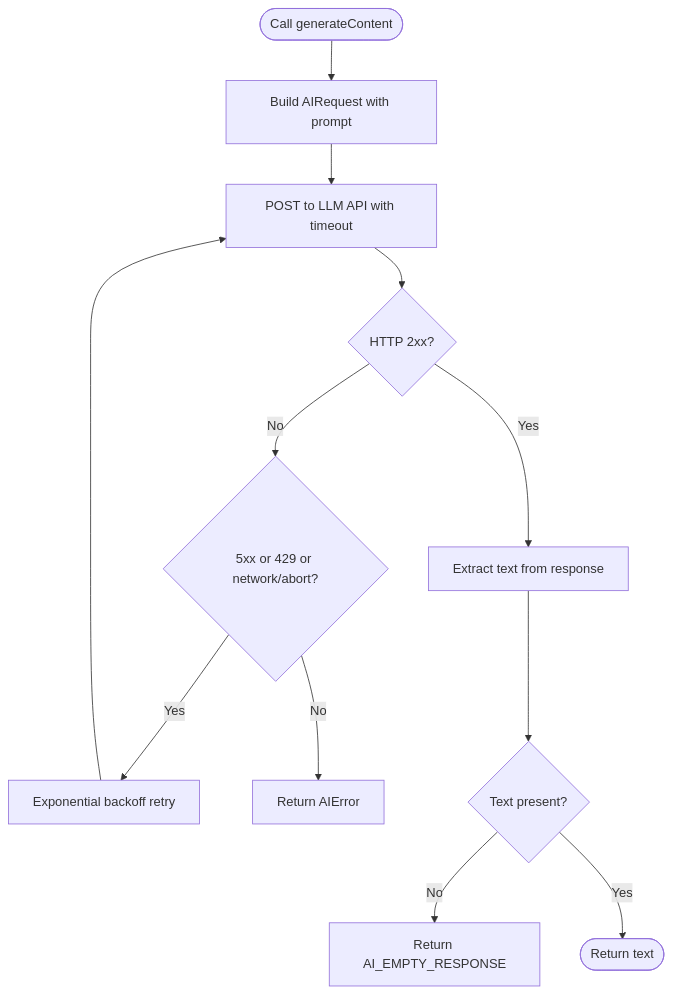
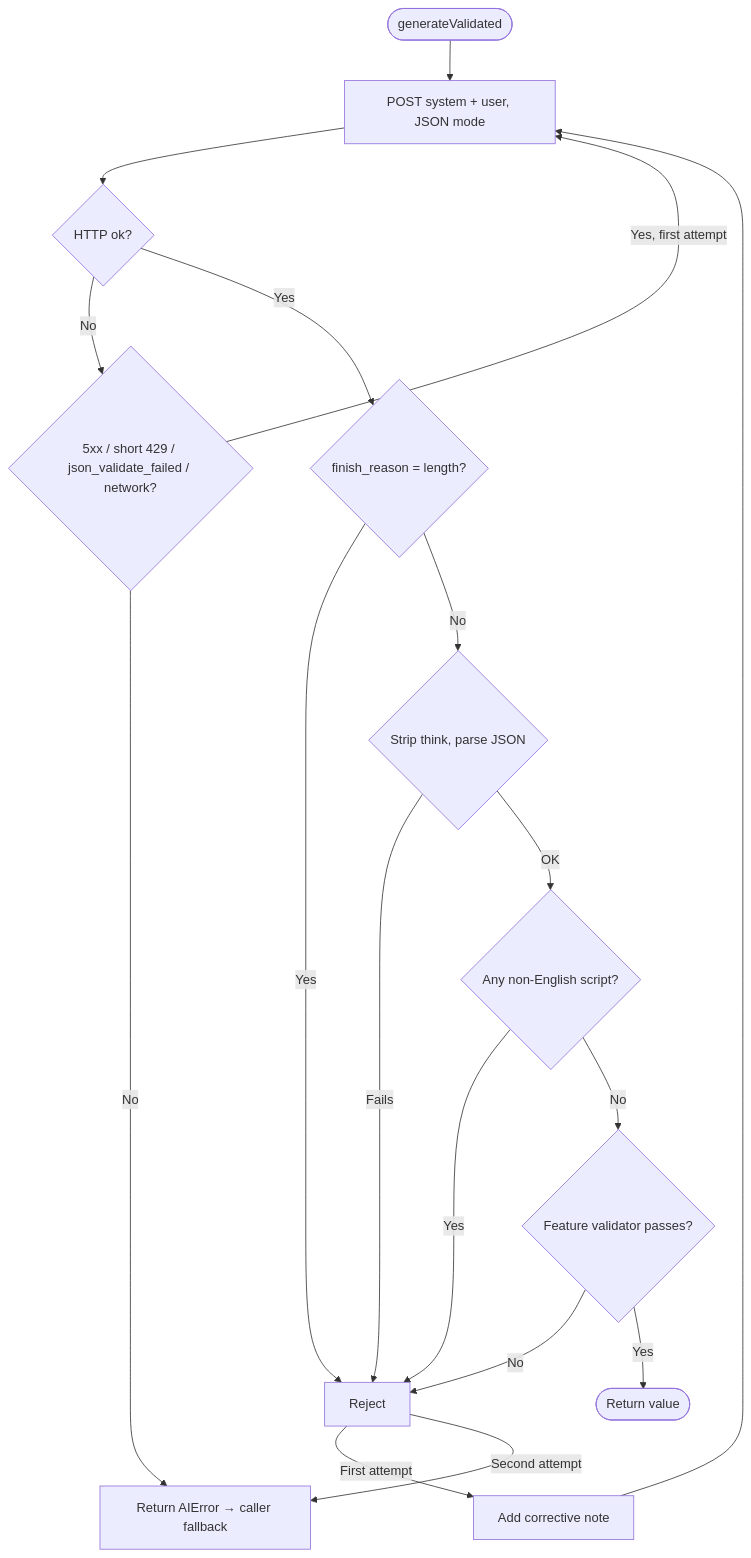
The second of 2 diagrams in docs/architecture/ai-matching.md (ProTechPh/FreelanceXchain-api), drawn with Mermaid before and after one commit. The commit also changed other lines of this file and 21 other files, not shown here.

````diff
--- a/docs/architecture/ai-matching.md
+++ b/docs/architecture/ai-matching.md
@@ -119,14 +76,19 @@
 ```mermaid
 flowchart TD
-Start(["Call generateContent"]) --> Build["Build AIRequest with prompt"]
-Build --> Send["POST to LLM API with timeout"]
-Send --> RespOK{"HTTP 2xx?"}
-RespOK --> |No| Retryable{"5xx or 429 or network/abort?"}
-Retryable --> |Yes| Backoff["Exponential backoff retry"]
-Backoff --> Send
-Retryable --> |No| ErrorResp["Return AIError"]
-RespOK --> |Yes| Parse["Extract text from response"]
-Parse --> HasText{"Text present?"}
-HasText --> |No| EmptyErr["Return AI_EMPTY_RESPONSE"]
-HasText --> |Yes| Done(["Return text"])
+Start(["generateValidated"]) --> Send["POST system + user, JSON mode"]
+Send --> Http{"HTTP ok?"}
+Http --> |No| Retryable{"5xx / short 429 / json_validate_failed / network?"}
+Retryable --> |Yes, first attempt| Send
+Retryable --> |No| Fail["Return AIError → caller fallback"]
+Http --> |Yes| Trunc{"finish_reason = length?"}
+Trunc --> |Yes| Reject
+Trunc --> |No| Parse{"Strip think, parse JSON"}
+Parse --> |Fails| Reject
+Parse --> |OK| Lang{"Any non-English script?"}
+Lang --> |Yes| Reject
+Lang --> |No| Valid{"Feature validator passes?"}
+Valid --> |No| Reject["Reject"]
+Valid --> |Yes| Done(["Return value"])
+Reject --> |First attempt| Note["Add corrective note"] --> Send
+Reject --> |Second attempt| Fail
 ```
````
